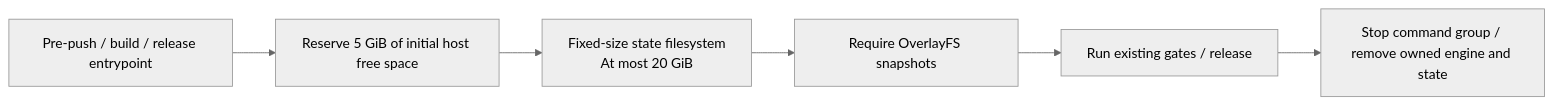
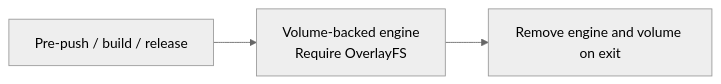
The diagram in ci/specs/operational.md (cosminci/plant-journal), drawn with Mermaid (neutral theme) before and after one commit. The commit also changed other lines of this file and 9 other files, not shown here.

````diff
--- a/ci/specs/operational.md
+++ b/ci/specs/operational.md
@@ -7,8 +7,5 @@
 ```mermaid
 flowchart LR
-  Entry["Pre-push / build / release entrypoint"] --> Space["Reserve 5 GiB of initial host free space"]
-  Space --> Disk["Fixed-size state filesystem<br/>At most 20 GiB"]
-  Disk --> Snapshots["Require OverlayFS snapshots"]
-  Snapshots --> Command["Run existing gates / release"]
-  Command --> Cleanup["Stop command group / remove owned engine and state"]
+  Entry["Pre-push / build / release"] --> Engine["Volume-backed engine<br/>Require OverlayFS"]
+  Engine --> Cleanup["Remove engine and volume on exit"]
 ```
````
